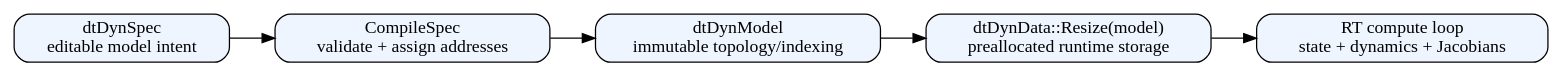
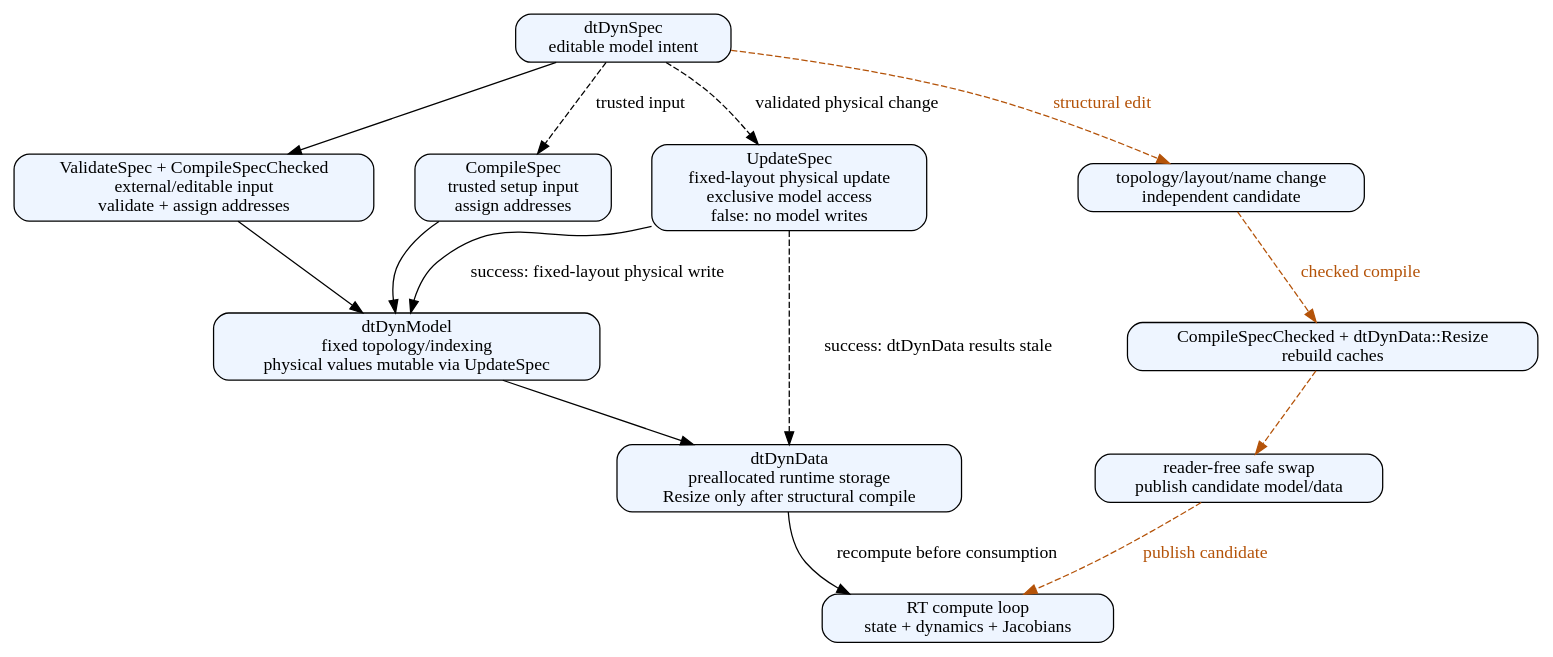
One commit to sangyobe/dtDynamics changed the diagram in docs/manual/diagrams/model_layers.dot. Above: the diagram before and after it, drawn with Graphviz. The commit also changed 39 other files, not shown here.

```diff
--- a/docs/manual/diagrams/model_layers.dot
+++ b/docs/manual/diagrams/model_layers.dot
@@ -1,15 +1,28 @@
 digraph model_layers {
-  rankdir=LR;
+  rankdir=TB;
+  graph [nodesep=0.45, ranksep=0.7];
   node [shape=box, style="rounded,filled", fillcolor="#eef5ff"];
-  spec [label="dtDynSpec
-editable model intent"];
-  compile [label="CompileSpec
-validate + assign addresses"];
-  model [label="dtDynModel
-immutable topology/indexing"];
-  data [label="dtDynData::Resize(model)
-preallocated runtime storage"];
-  loop [label="RT compute loop
-state + dynamics + Jacobians"];
-  spec -> compile -> model -> data -> loop;
+
+  spec [label="dtDynSpec\neditable model intent"];
+  checked [label="ValidateSpec + CompileSpecChecked\nexternal/editable input\nvalidate + assign addresses"];
+  trusted [label="CompileSpec\ntrusted setup input\nassign addresses"];
+  model [label="dtDynModel\nfixed topology/indexing\nphysical values mutable via UpdateSpec"];
+  data [label="dtDynData\npreallocated runtime storage\nResize only after structural compile"];
+  loop [label="RT compute loop\nstate + dynamics + Jacobians"];
+  update [label="UpdateSpec\nfixed-layout physical update\nexclusive model access\nfalse: no model writes"];
+  structural [label="topology/layout/name change\nindependent candidate"];
+  candidate [label="CompileSpecChecked + dtDynData::Resize\nrebuild caches"];
+  swap [label="reader-free safe swap\npublish candidate model/data"];
+
+  spec -> checked -> model -> data;
+  data -> loop [label="recompute before consumption"];
+  spec -> trusted [style=dashed, label="trusted input"];
+  trusted -> model;
+  spec -> update [style=dashed, label="validated physical change"];
+  update -> model [label="success: fixed-layout physical write"];
+  update -> data [style=dashed, label="success: dtDynData results stale"];
+  spec -> structural [style=dashed, color="#b45309", fontcolor="#b45309", label="structural edit"];
+  structural -> candidate [style=dashed, color="#b45309", fontcolor="#b45309", label="checked compile"];
+  candidate -> swap [style=dashed, color="#b45309"];
+  swap -> loop [style=dashed, color="#b45309", fontcolor="#b45309", label="publish candidate"];
 }
```
